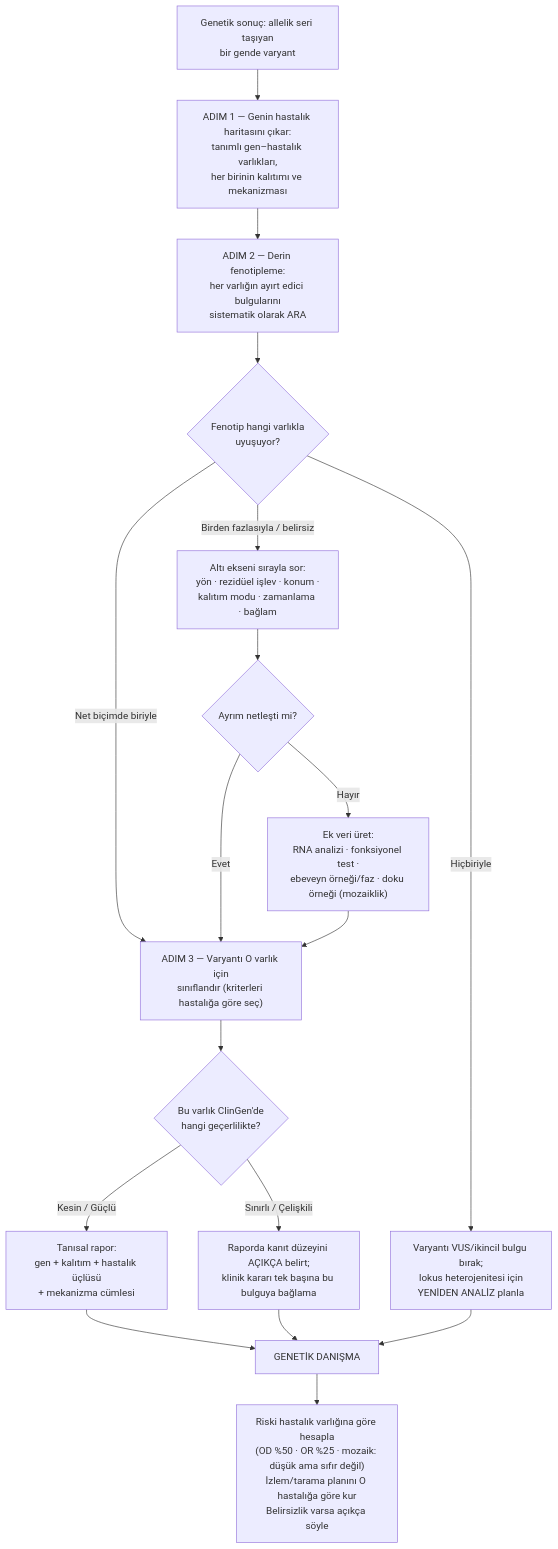
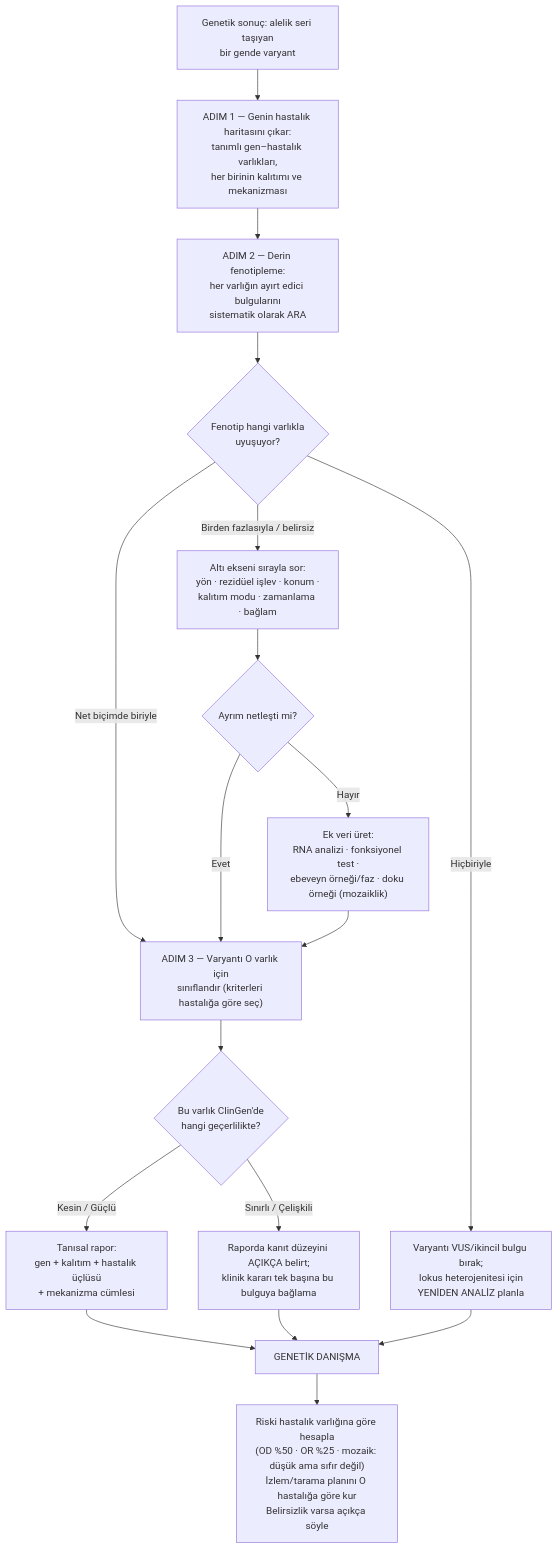
One commit to MDKalenderoglu/Mekanizma_Kitab- changed the third of 3 diagrams in Bölüm_15_Ayni_Gen_Farkli_Hastalik.md. Above: the diagram before and after it, drawn with Mermaid. The commit also changed other lines of this file and 21 other files, not shown here.

````diff
--- a/Bölüm_15_Ayni_Gen_Farkli_Hastalik.md
+++ b/Bölüm_15_Ayni_Gen_Farkli_Hastalik.md
@@ -315,25 +315,25 @@
 ```mermaid
 flowchart TD
-  A["Genetik sonuç: allelik seri taşıyan<br/>bir gende varyant"] --> B["ADIM 1 — Genin hastalık haritasını çıkar:<br/>tanımlı gen–hastalık varlıkları,<br/>her birinin kalıtımı ve mekanizması"]
+  A["Genetik sonuç: alelik seri taşıyan<br/>bir gende varyant"] --> B["ADIM 1 — Genin hastalık haritasını çıkar:<br/>tanımlı gen–hastalık varlıkları,<br/>her birinin kalıtımı ve mekanizması"]
 
   B --> C["ADIM 2 — Derin fenotipleme:<br/>her varlığın ayırt edici bulgularını<br/>sistematik olarak ARA"]
 
   C --> D{"Fenotip hangi varlıkla<br/>uyuşuyor?"}
   D -->|"Net biçimde biriyle"| E["ADIM 3 — Varyantı O varlık için<br/>sınıflandır (kriterleri hastalığa göre seç)"]
   D -->|"Birden fazlasıyla / belirsiz"| F["Altı ekseni sırayla sor:<br/>yön · rezidüel işlev · konum ·<br/>kalıtım modu · zamanlama · bağlam"]
   D -->|"Hiçbiriyle"| G["Varyantı VUS/ikincil bulgu bırak;<br/>lokus heterojenitesi için<br/>YENİDEN ANALİZ planla"]
 
   F --> H{"Ayrım netleşti mi?"}
   H -->|"Evet"| E
   H -->|"Hayır"| I["Ek veri üret:<br/>RNA analizi · fonksiyonel test ·<br/>ebeveyn örneği/faz · doku örneği (mozaiklik)"]
   I --> E
 
   E --> J{"Bu varlık ClinGen'de<br/>hangi geçerlilikte?"}
   J -->|"Kesin / Güçlü"| K["Tanısal rapor:<br/>gen + kalıtım + hastalık üçlüsü<br/>+ mekanizma cümlesi"]
   J -->|"Sınırlı / Çelişkili"| L["Raporda kanıt düzeyini AÇIKÇA belirt;<br/>klinik kararı tek başına bu bulguya bağlama"]
 
   K --> M["GENETİK DANIŞMA"]
   L --> M
   G --> M
   M --> N["Riski hastalık varlığına göre hesapla<br/>(OD %50 · OR %25 · mozaik: düşük ama sıfır değil)<br/>İzlem/tarama planını O hastalığa göre kur<br/>Belirsizlik varsa açıkça söyle"]
 ```
````
